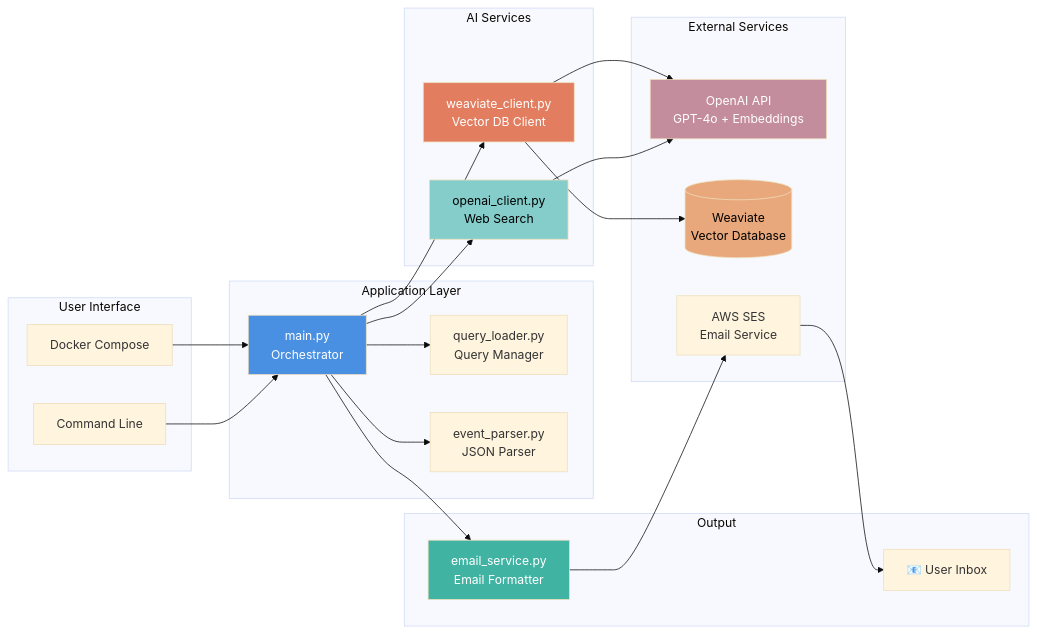
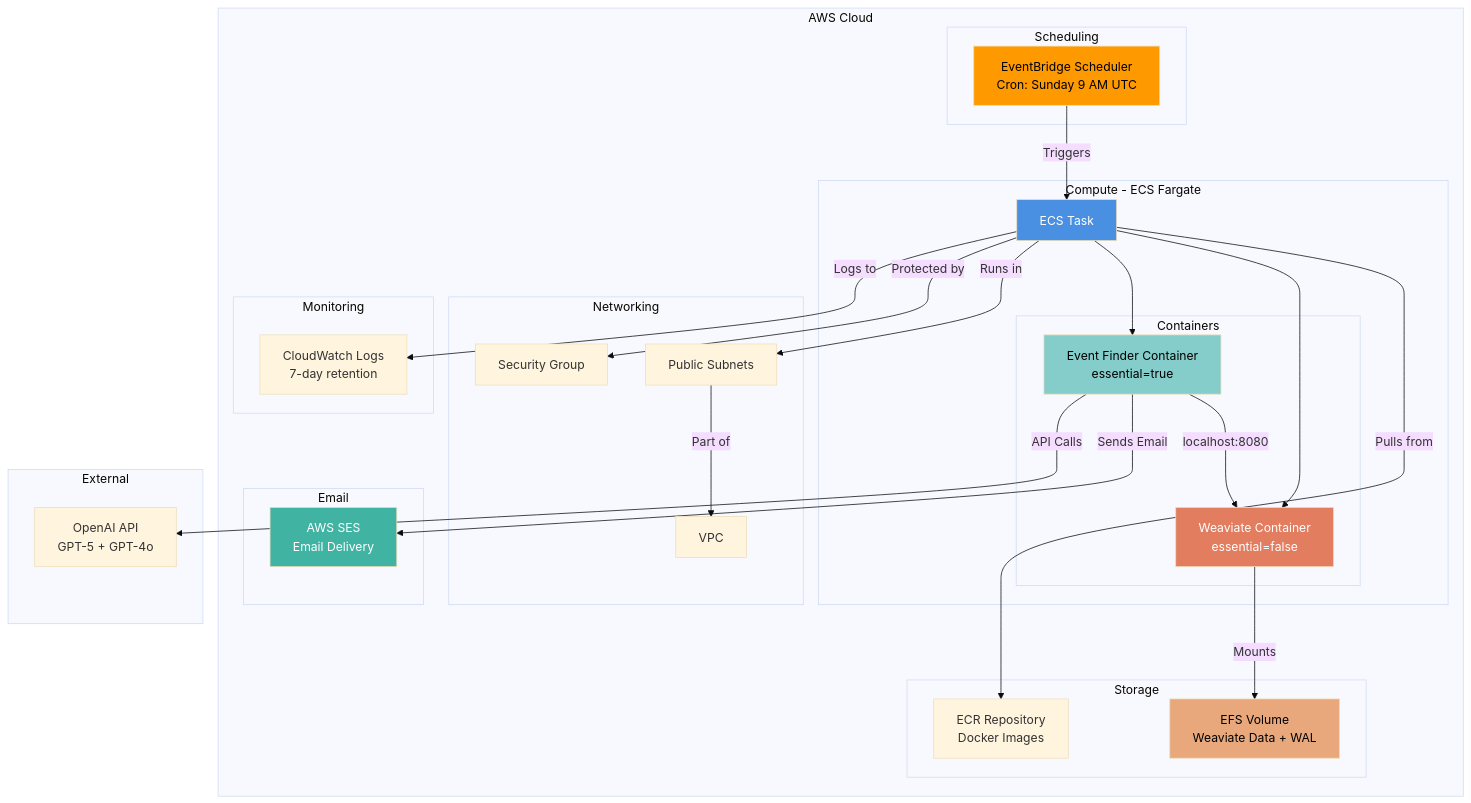
The second of 5 diagrams in ARCHITECTURE.md (butlerwill1/llm-rag-event-discovery-pipeline), drawn with Mermaid (base theme) before and after one commit. The commit also changed other lines of this file and 8 other files, not shown here.

````diff
--- a/ARCHITECTURE.md
+++ b/ARCHITECTURE.md
@@ -99,50 +87,59 @@
 ```mermaid
-graph LR
-    subgraph "User Interface"
-        CLI[Command Line]
-        Docker[Docker Compose]
+graph TB
+    subgraph "AWS Cloud"
+        subgraph "Scheduling"
+            EB[EventBridge Scheduler<br/>Cron: Sunday 9 AM UTC]
+        end
+
+        subgraph "Compute - ECS Fargate"
+            Task[ECS Task]
+            subgraph "Containers"
+                App[Event Finder Container<br/>essential=true]
+                DB[Weaviate Container<br/>essential=false]
+            end
+        end
+
+        subgraph "Storage"
+            ECR[ECR Repository<br/>Docker Images]
+            EFS[EFS Volume<br/>Weaviate Data + WAL]
+        end
+
+        subgraph "Networking"
+            VPC[VPC]
+            SG[Security Group]
+            Subnet[Public Subnets]
+        end
+
+        subgraph "Monitoring"
+            CW[CloudWatch Logs<br/>7-day retention]
+        end
+
+        subgraph "Email"
+            SES[AWS SES<br/>Email Delivery]
+        end
     end
-    
-    subgraph "Application Layer"
-        Main[main.py<br/>Orchestrator]
-        Query[query_loader.py<br/>Query Manager]
-        Parser[event_parser.py<br/>JSON Parser]
+
+    subgraph "External"
+        OpenAI[OpenAI API<br/>GPT-5 + GPT-4o]
     end
-    
-    subgraph "AI Services"
-        OpenAI[openai_client.py<br/>Web Search]
-        Weaviate[weaviate_client.py<br/>Vector DB Client]
-    end
-    
-    subgraph "External Services"
-        GPT[OpenAI API<br/>GPT-4o + Embeddings]
-        VectorDB[(Weaviate<br/>Vector Database)]
-        SES[AWS SES<br/>Email Service]
-    end
-    
-    subgraph "Output"
-        Email[email_service.py<br/>Email Formatter]
-        Inbox[📧 User Inbox]
-    end
-    
-    CLI --> Main
-    Docker --> Main
-    Main --> Query
-    Main --> OpenAI
-    Main --> Parser
-    Main --> Weaviate
-    Main --> Email
-    
-    OpenAI --> GPT
-    Weaviate --> GPT
-    Weaviate --> VectorDB
-    Email --> SES
-    SES --> Inbox
-    
-    style Main fill:#4A90E2,color:#fff
-    style Weaviate fill:#E27D60,color:#fff
-    style OpenAI fill:#85CDCA,color:#000
-    style Email fill:#41B3A3,color:#fff
-    style GPT fill:#C38D9E,color:#fff
-    style VectorDB fill:#E8A87C,color:#000
+
+    EB -->|Triggers| Task
+    Task --> App
+    Task --> DB
+    App -->|localhost:8080| DB
+    DB -->|Mounts| EFS
+    Task -->|Pulls from| ECR
+    Task -->|Logs to| CW
+    App -->|API Calls| OpenAI
+    App -->|Sends Email| SES
+    Task -->|Runs in| Subnet
+    Subnet -->|Part of| VPC
+    Task -->|Protected by| SG
+
+    style EB fill:#FF9900,color:#000
+    style Task fill:#4A90E2,color:#fff
+    style App fill:#85CDCA,color:#000
+    style DB fill:#E27D60,color:#fff
+    style EFS fill:#E8A87C,color:#000
+    style SES fill:#41B3A3,color:#fff
 ```
````
